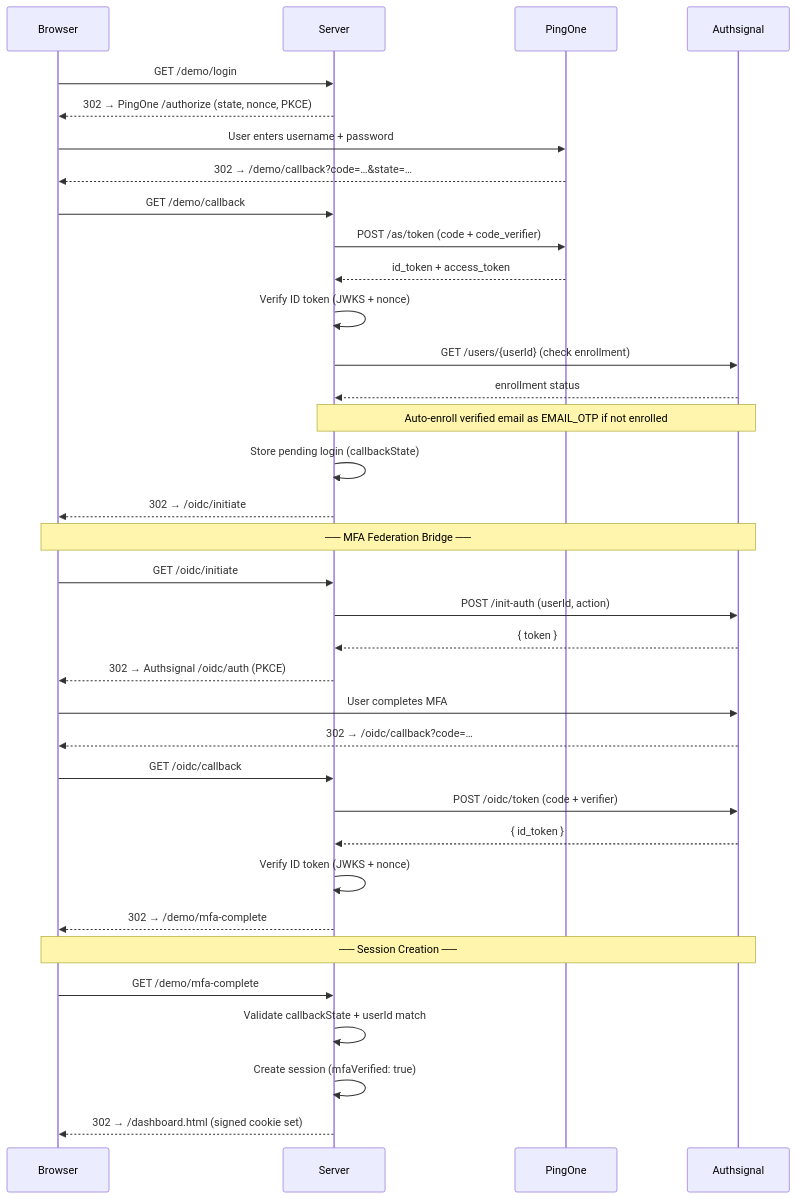
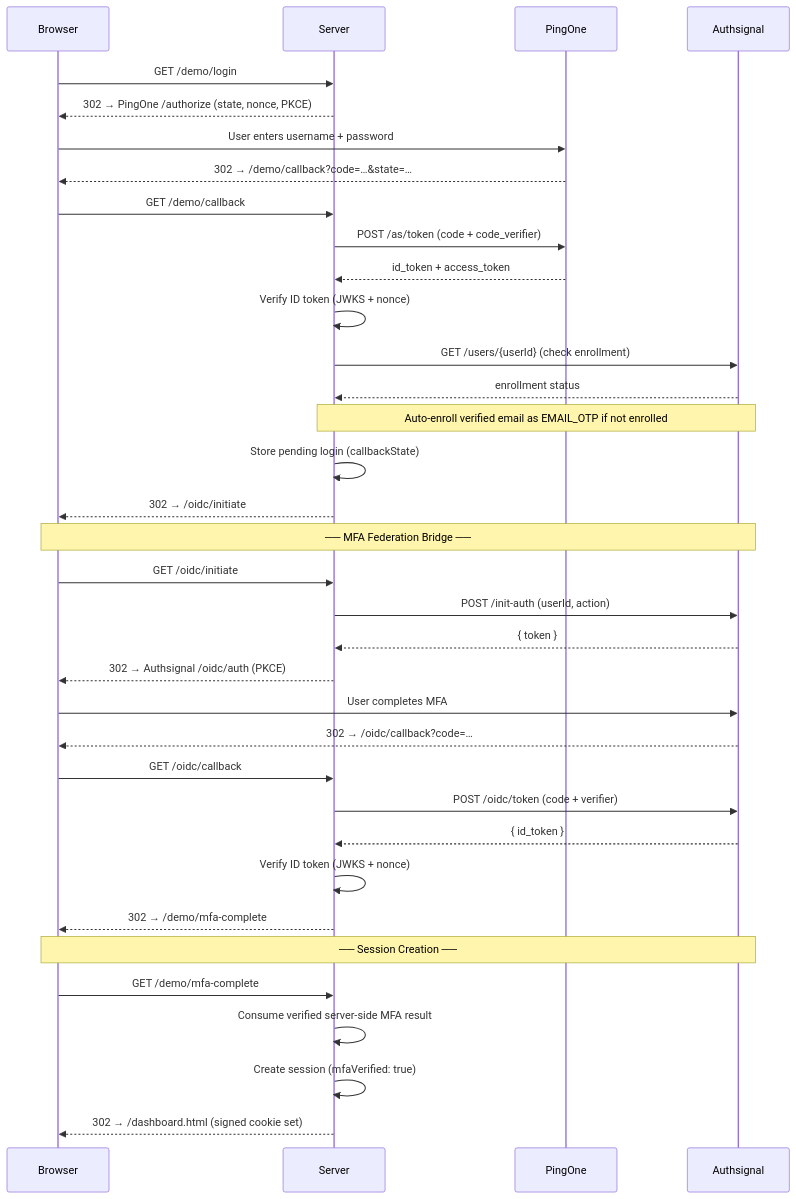
One commit to Ashutosh-Bhadauriya/authsignal-pingone changed the diagram in README.md. Above: the diagram before and after it, drawn with Mermaid. The commit also changed other lines of this file and 22 other files, not shown here.

````diff
--- a/README.md
+++ b/README.md
@@ -35,48 +35,48 @@
 ```mermaid
 sequenceDiagram
     participant B as Browser
     participant S as Server
     participant P as PingOne
     participant A as Authsignal
 
     B->>S: GET /demo/login
     S-->>B: 302 → PingOne /authorize (state, nonce, PKCE)
 
     B->>P: User enters username + password
     P-->>B: 302 → /demo/callback?code=…&state=…
 
     B->>S: GET /demo/callback
     S->>P: POST /as/token (code + code_verifier)
     P-->>S: id_token + access_token
     S->>S: Verify ID token (JWKS + nonce)
 
     S->>A: GET /users/{userId} (check enrollment)
     A-->>S: enrollment status
     Note over S,A: Auto-enroll verified email as EMAIL_OTP if not enrolled
 
     S->>S: Store pending login (callbackState)
     S-->>B: 302 → /oidc/initiate
 
     Note over B,A: ── MFA Federation Bridge ──
 
     B->>S: GET /oidc/initiate
     S->>A: POST /init-auth (userId, action)
     A-->>S: { token }
     S-->>B: 302 → Authsignal /oidc/auth (PKCE)
 
     B->>A: User completes MFA
     A-->>B: 302 → /oidc/callback?code=…
 
     B->>S: GET /oidc/callback
     S->>A: POST /oidc/token (code + verifier)
     A-->>S: { id_token }
     S->>S: Verify ID token (JWKS + nonce)
     S-->>B: 302 → /demo/mfa-complete
 
     Note over B,A: ── Session Creation ──
 
     B->>S: GET /demo/mfa-complete
-    S->>S: Validate callbackState + userId match
+    S->>S: Consume verified server-side MFA result
     S->>S: Create session (mfaVerified: true)
     S-->>B: 302 → /dashboard.html (signed cookie set)
 ```
````
